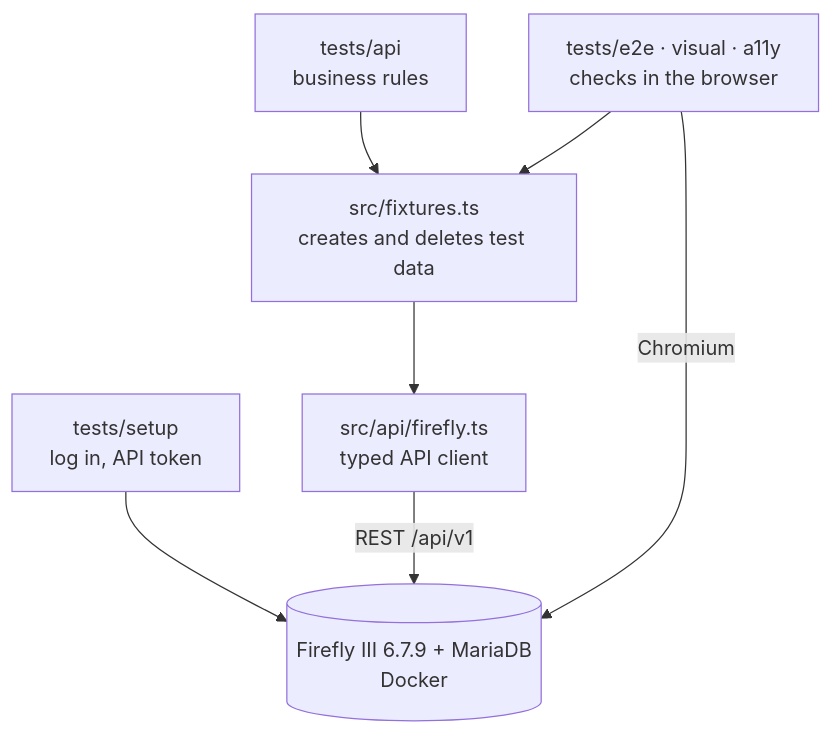
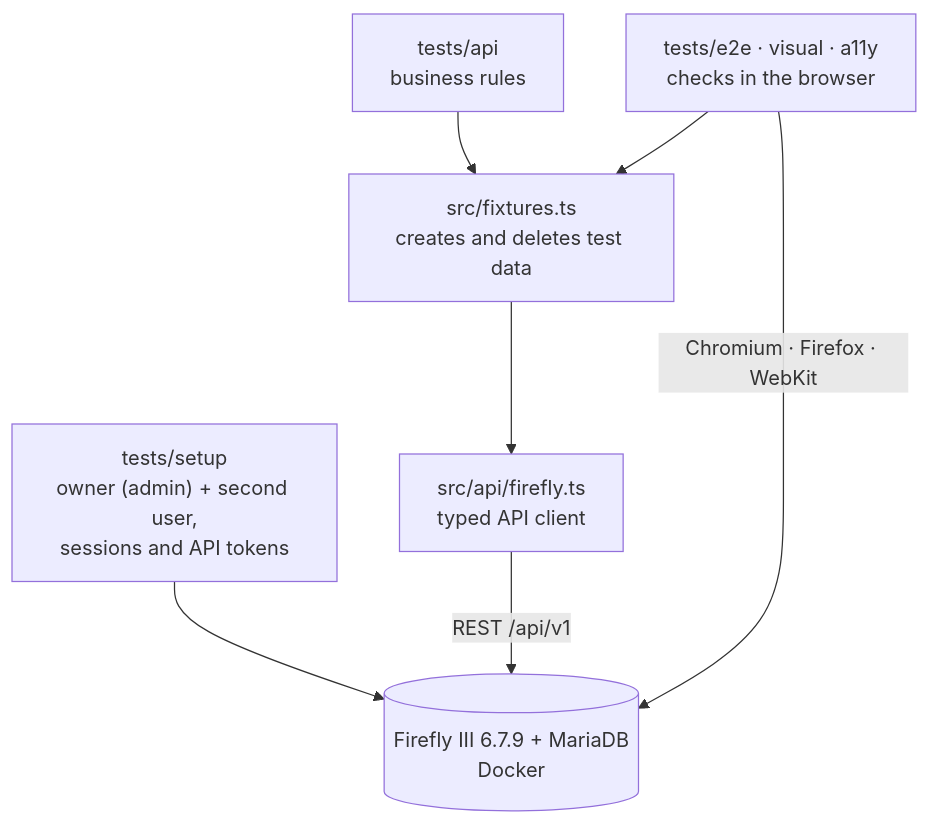
The diagram in README.md (emmanuelplougoulm/firefly-iii-playwright), drawn with Mermaid before and after one commit. The commit also changed other lines of this file, not shown here.

````diff
--- a/README.md
+++ b/README.md
@@ -18,16 +21,16 @@
 ```mermaid
 flowchart TB
-  SETUP["tests/setup<br/>log in, API token"]
+  SETUP["tests/setup<br/>owner (admin) + second user,<br/>sessions and API tokens"]
   API["tests/api<br/>business rules"]
   UI["tests/e2e · visual · a11y<br/>checks in the browser"]
   FIX["src/fixtures.ts<br/>creates and deletes test data"]
   CLIENT["src/api/firefly.ts<br/>typed API client"]
   APP[("Firefly III 6.7.9 + MariaDB<br/>Docker")]
 
   SETUP --> APP
   API --> FIX
   UI --> FIX
   FIX --> CLIENT
   CLIENT -- "REST /api/v1" --> APP
-  UI -- "Chromium" --> APP
+  UI -- "Chromium · Firefox · WebKit" --> APP
 ```
````
